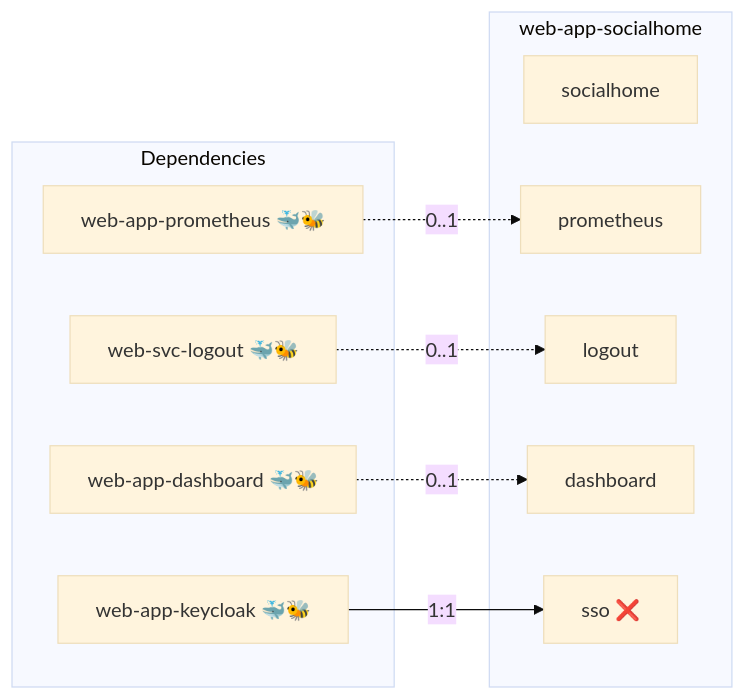
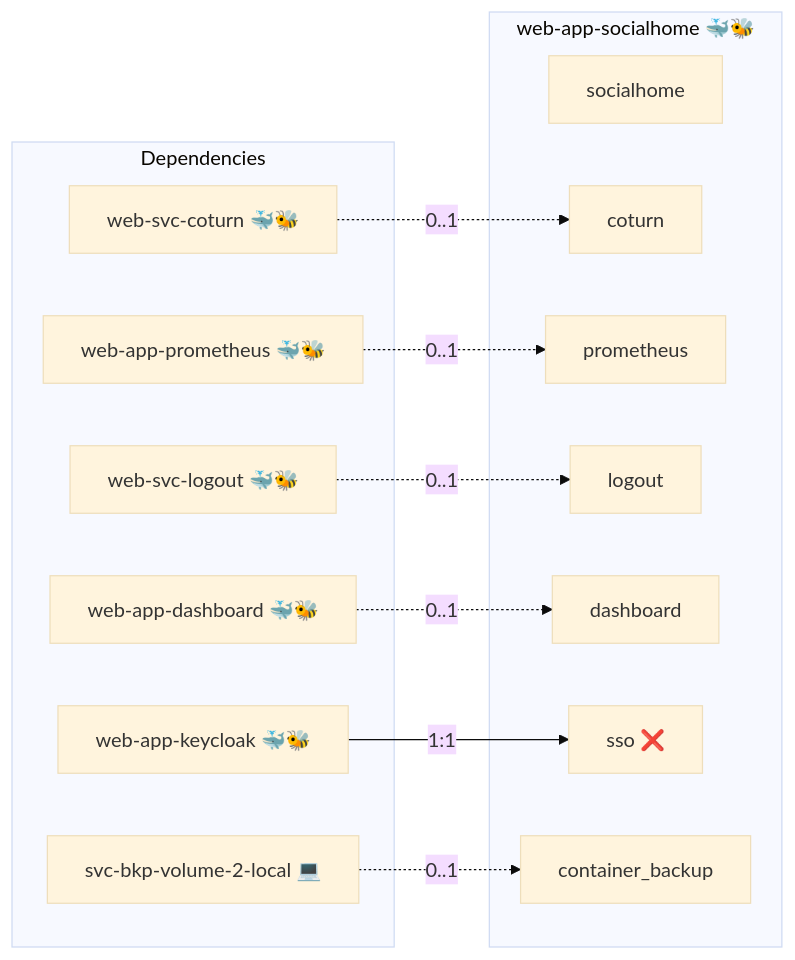
One commit to AlejandroRomanIbanez/infinito-nexus changed the diagram in roles/web-app-socialhome/README.md. Above: the diagram before and after it, drawn with Mermaid (base theme). The commit also changed other lines of this file and 19 other files, not shown here.

First line of the commit message:
feat(socialhome): implement the role so it actually deploys

````diff
--- a/roles/web-app-socialhome/README.md
+++ b/roles/web-app-socialhome/README.md
@@ -15,20 +19,26 @@
 ```mermaid
 flowchart LR
     subgraph deps [Dependencies]
+        dep_svc_bkp_volume_2_local["svc-bkp-volume-2-local 💻"]
         dep_web_app_dashboard["web-app-dashboard 🐳🐝"]
         dep_web_app_keycloak["web-app-keycloak 🐳🐝"]
         dep_web_app_prometheus["web-app-prometheus 🐳🐝"]
+        dep_web_svc_coturn["web-svc-coturn 🐳🐝"]
         dep_web_svc_logout["web-svc-logout 🐳🐝"]
     end
-    subgraph role [web-app-socialhome]
+    subgraph role [web-app-socialhome 🐳🐝]
         svc_socialhome["socialhome"]
+        svc_coturn["coturn"]
         svc_prometheus["prometheus"]
         svc_logout["logout"]
         svc_dashboard["dashboard"]
         svc_sso["sso ❌"]
+        svc_container_backup["container_backup"]
     end
+    dep_svc_bkp_volume_2_local -. "0..1" .-> svc_container_backup
     dep_web_app_dashboard -. "0..1" .-> svc_dashboard
     dep_web_app_keycloak -- "1:1" --> svc_sso
     dep_web_app_prometheus -. "0..1" .-> svc_prometheus
+    dep_web_svc_coturn -. "0..1" .-> svc_coturn
     dep_web_svc_logout -. "0..1" .-> svc_logout
 ```
````
